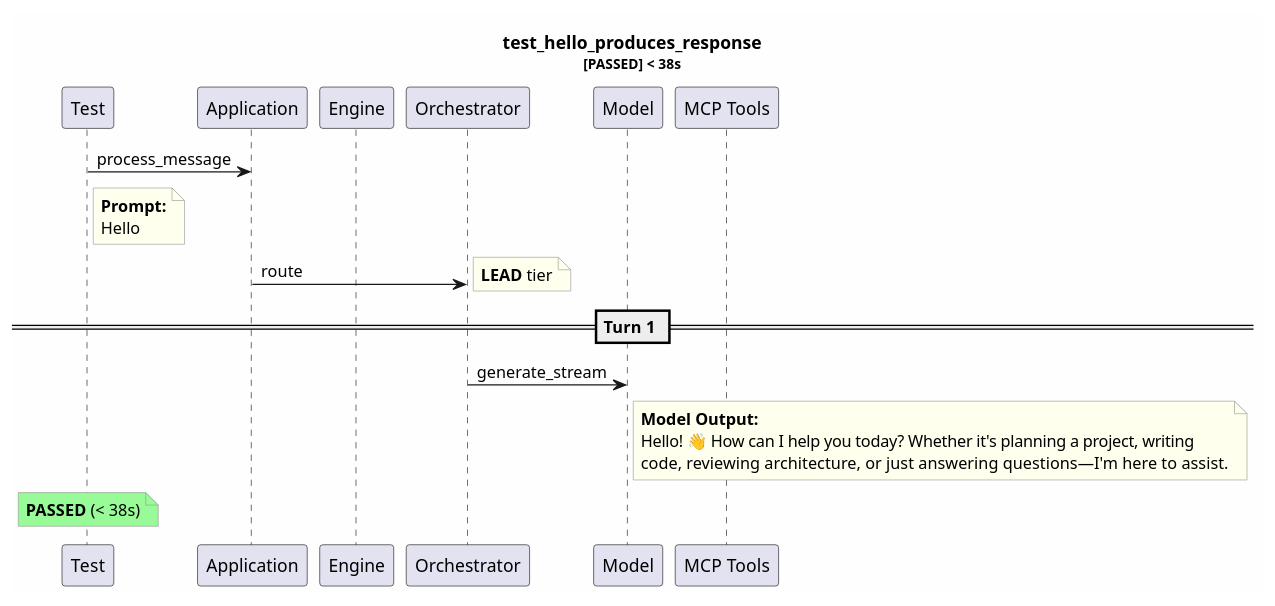
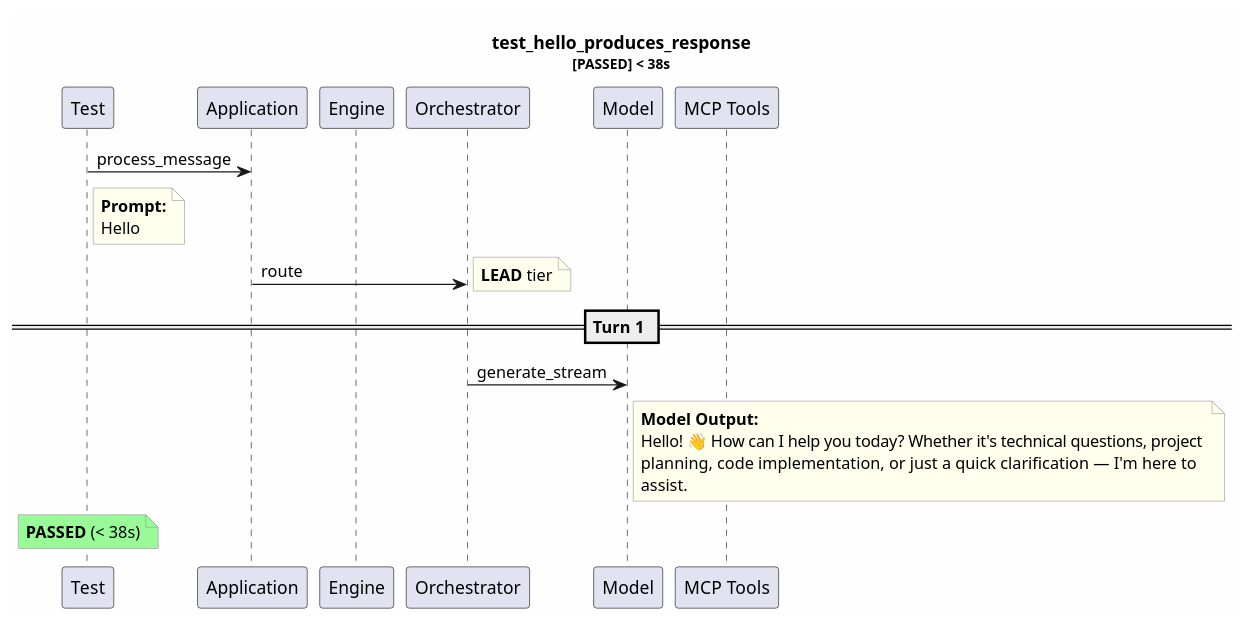
The diagram in test-reports/logs/test_hello_produces_response/test_hello_produces_response.puml (tvanfossen/entropic), drawn with PlantUML before and after one commit. The commit also changed 11 other files, not shown here.

```diff
--- a/test-reports/logs/test_hello_produces_response/test_hello_produces_response.puml
+++ b/test-reports/logs/test_hello_produces_response/test_hello_produces_response.puml
@@ -1,32 +1,33 @@
 @startuml
 skinparam backgroundColor #FEFEFE
 skinparam noteBorderColor #999999
 skinparam noteBackgroundColor #FFFFEE
 title test_hello_produces_response\n<size:11>[PASSED] < 38s</size>
 
 participant "Test" as T
 participant "Application" as App
 participant "Engine" as Eng
 participant "Orchestrator" as Orch
 participant "Model" as Mdl
 participant "MCP Tools" as MCP
 
 T -> App: process_message
 note right of T
   **Prompt:**
   Hello
 end note
 App -> Orch: route
 note right: **LEAD** tier
 == Turn 1 ==
 Orch -> Mdl: generate_stream
 note right of Mdl
   **Model Output:**
-  Hello! 👋 How can I help you today? Whether it's planning a project, writing 
-  code, reviewing architecture, or just answering questions—I'm here to assist.
+  Hello! 👋 How can I help you today? Whether it's technical questions, project 
+  planning, code implementation, or just a quick clarification — I'm here to 
+  assist.
 end note
 note over T #palegreen
   **PASSED** (< 38s)
 end note
 
 @enduml
```
